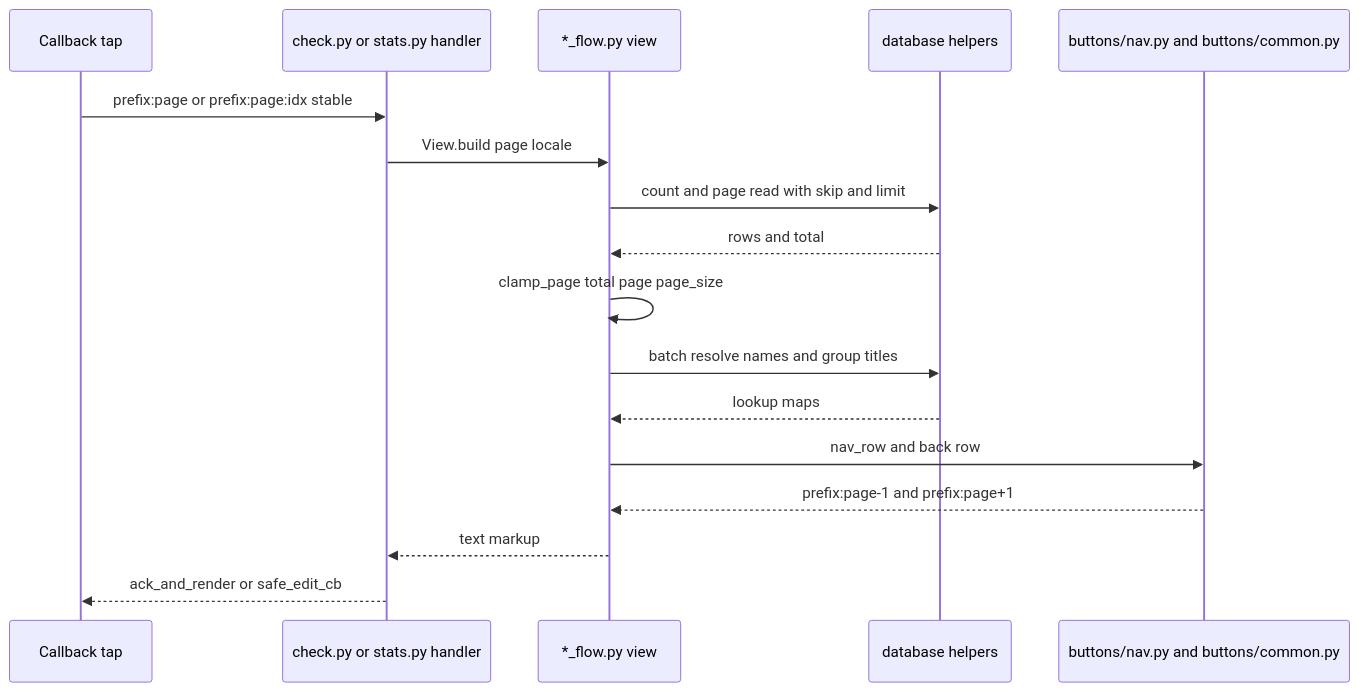
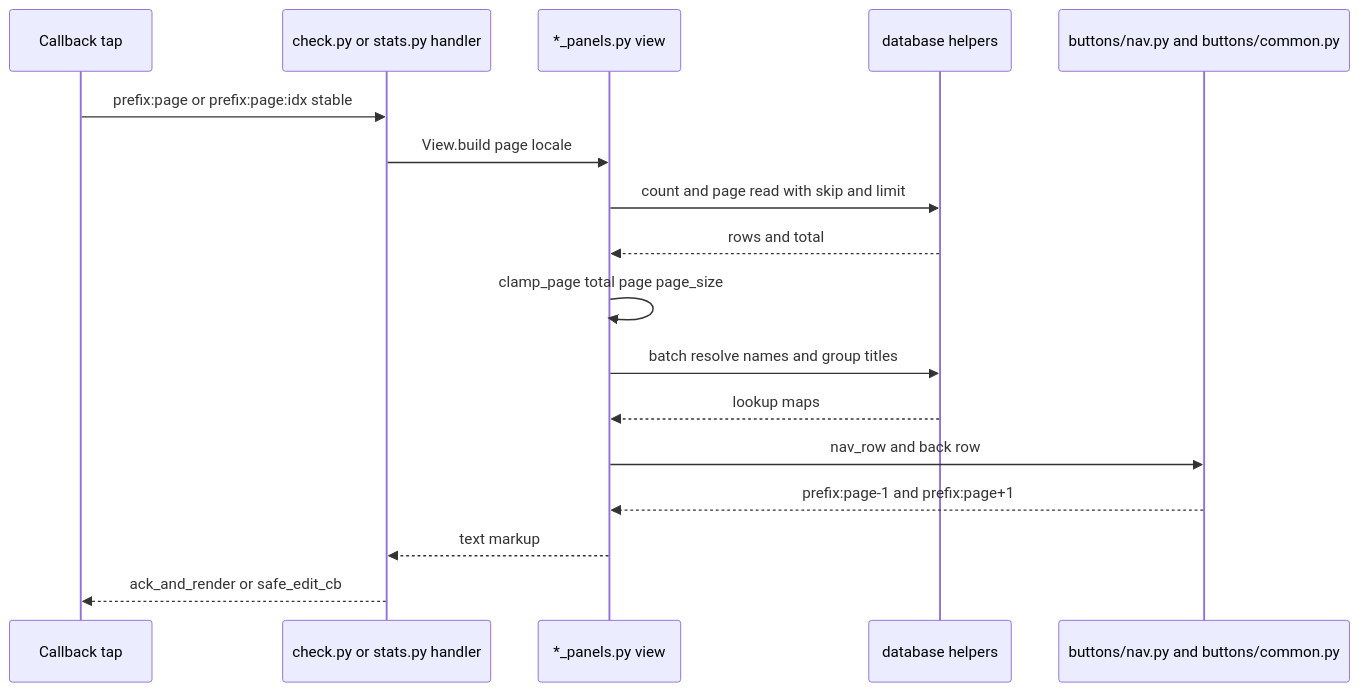
Before and after one commit to D1ZZY4/tcbot: the third of 3 diagrams in docs/flows/statistics.md, drawn with Mermaid. The commit also changed other lines of this file and 21 other files, not shown here.

````diff
--- a/docs/flows/statistics.md
+++ b/docs/flows/statistics.md
@@ -128,19 +128,19 @@
 ```mermaid
 sequenceDiagram
     participant Tap as Callback tap
     participant Handler as check.py or stats.py handler
-    participant Flow as *_flow.py view
+    participant Flow as *_panels.py view
     participant DB as database helpers
     participant Buttons as buttons/nav.py and buttons/common.py
     Tap->>Handler: prefix:page or prefix:page:idx stable
     Handler->>Flow: View.build page locale
     Flow->>DB: count and page read with skip and limit
     DB-->>Flow: rows and total
     Flow->>Flow: clamp_page total page page_size
     Flow->>DB: batch resolve names and group titles
     DB-->>Flow: lookup maps
     Flow->>Buttons: nav_row and back row
     Buttons-->>Flow: prefix:page-1 and prefix:page+1
     Flow-->>Handler: text markup
     Handler-->>Tap: ack_and_render or safe_edit_cb
 ```
````
